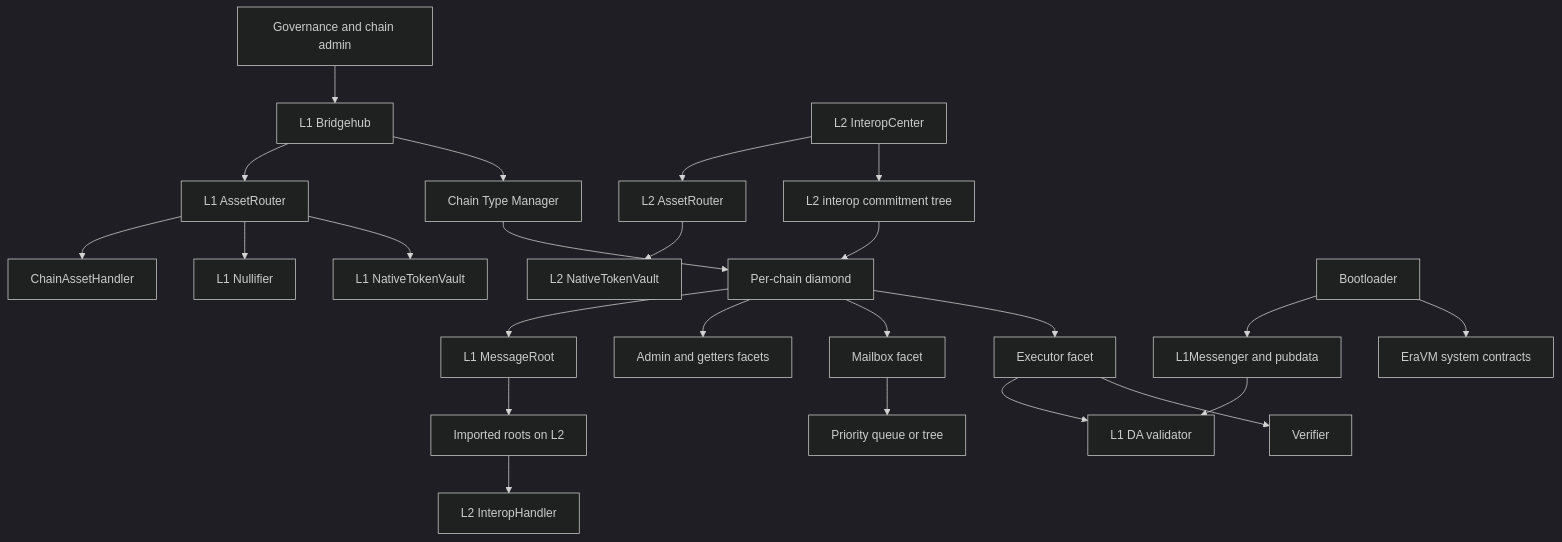
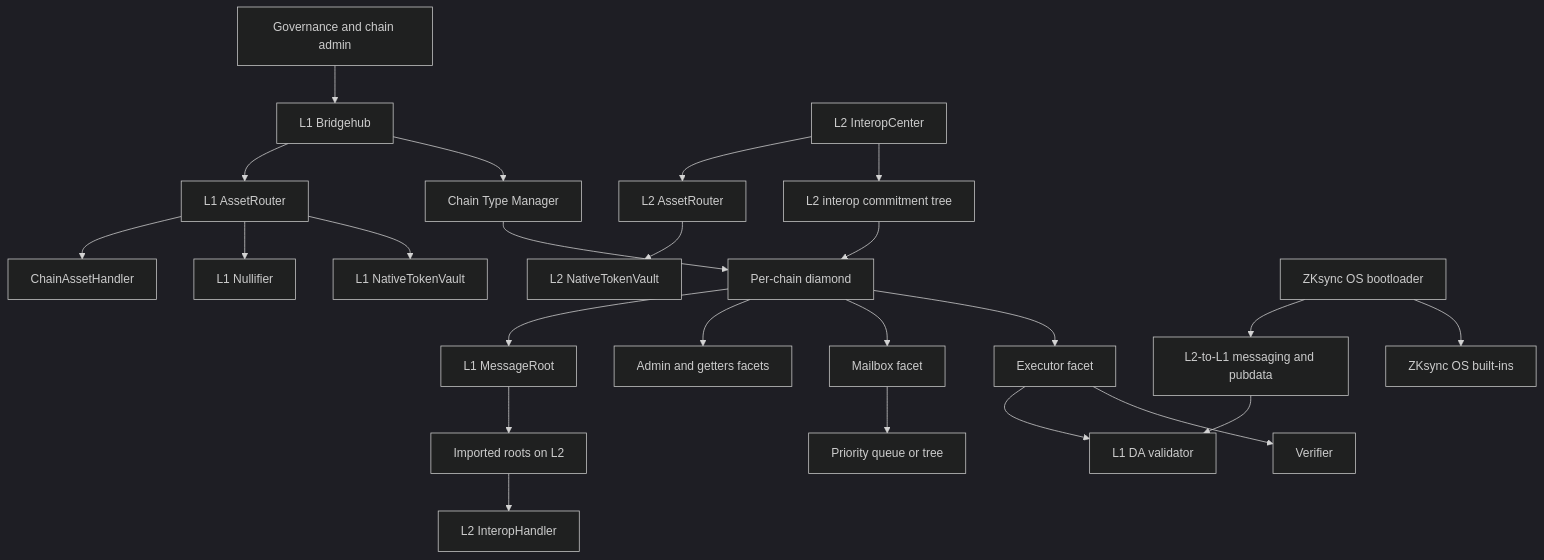
Before and after one commit to matter-labs/era-contracts: the diagram in protocol-docs/system/README.md, drawn with Mermaid (dark theme). The commit also changed other lines of this file and 34 other files, not shown here.

Commit message:
docs: remove Era-only protocol architecture

````diff
--- a/protocol-docs/system/README.md
+++ b/protocol-docs/system/README.md
@@ -16,29 +16,29 @@
 ```mermaid
 flowchart TB
     G[Governance and chain admin] --> BH[L1 Bridgehub]
     BH --> CTM[Chain Type Manager]
     CTM --> D[Per-chain diamond]
     D --> EX[Executor facet]
     D --> MB[Mailbox facet]
     D --> AD[Admin and getters facets]
     EX --> V[Verifier]
     EX --> DA[L1 DA validator]
     MB --> PQ[Priority queue or tree]
 
     BH --> AR[L1 AssetRouter]
     AR --> NTV[L1 NativeTokenVault]
     AR --> N[L1 Nullifier]
     AR --> CAH[ChainAssetHandler]
 
     D --> MR[L1 MessageRoot]
     MR --> IR[Imported roots on L2]
     IC[L2 InteropCenter] --> IMT[L2 interop commitment tree]
     IMT --> D
     IR --> IH[L2 InteropHandler]
     IC --> L2AR[L2 AssetRouter]
     L2AR --> L2NTV[L2 NativeTokenVault]
 
-    BL[Bootloader] --> SC[EraVM system contracts]
-    BL --> LM[L1Messenger and pubdata]
+    BL[ZKsync OS bootloader] --> SC[ZKsync OS built-ins]
+    BL --> LM[L2-to-L1 messaging and pubdata]
     LM --> DA
 ```
````
